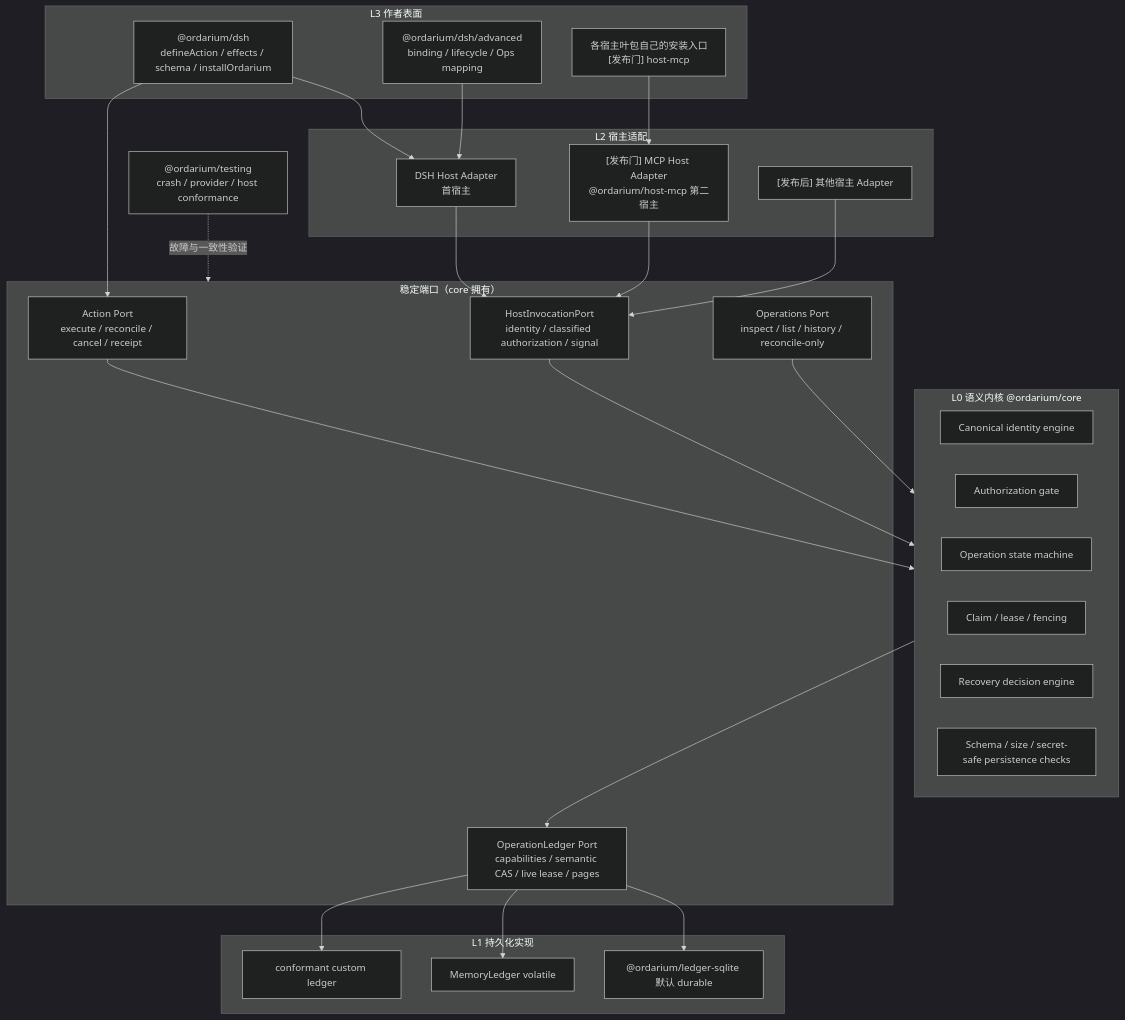
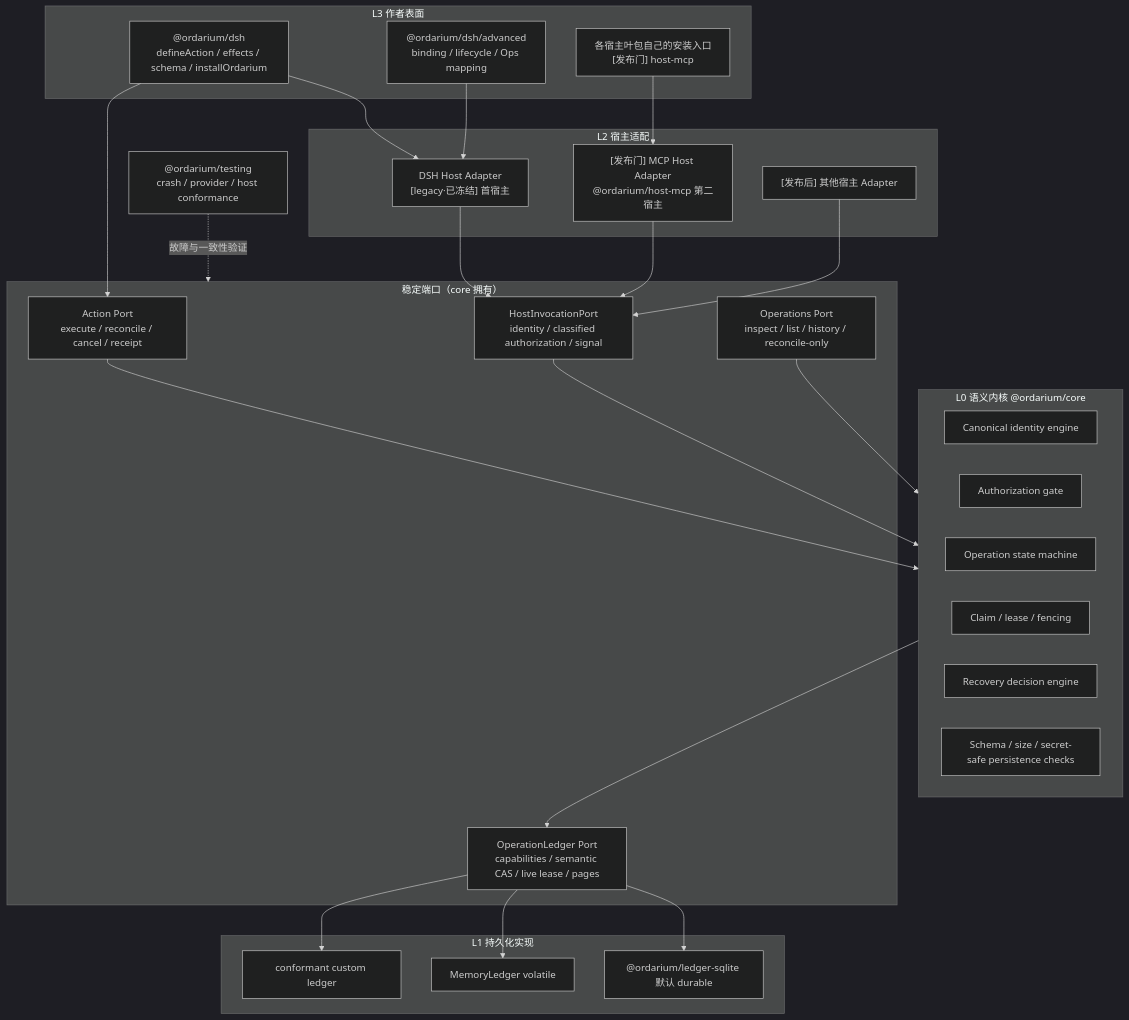
One commit to orangeofcarl0-sys/ordarium changed the third of 21 diagrams in docs/15-ordarium-complete-architecture.md. Above: the diagram before and after it, drawn with Mermaid (dark theme). The commit also changed other lines of this file and 20 other files, not shown here.

First line of the commit message:
docs: drop the DSH narrative; freeze @ordarium/dsh as a legacy leaf

````diff
--- a/docs/15-ordarium-complete-architecture.md
+++ b/docs/15-ordarium-complete-architecture.md
@@ -133,54 +135,54 @@
 ```mermaid
 flowchart TB
     subgraph L3["L3 作者表面"]
         ROOT["@ordarium/dsh<br/>defineAction / effects / schema / installOrdarium"]
         ADV["@ordarium/dsh/advanced<br/>binding / lifecycle / Ops mapping"]
         HOST_ENTRY["各宿主叶包自己的安装入口<br/>[发布门] host-mcp"]
     end
 
     subgraph L2["L2 宿主适配"]
-        DSH_ADAPTER["DSH Host Adapter<br/>首宿主"]
+        DSH_ADAPTER["DSH Host Adapter<br/>[legacy·已冻结] 首宿主"]
         MCP_ADAPTER["[发布门] MCP Host Adapter<br/>@ordarium/host-mcp 第二宿主"]
         FUTURE_ADAPTER["[发布后] 其他宿主 Adapter"]
     end
 
     subgraph PORTS["稳定端口（core 拥有）"]
         HOST_PORT["HostInvocationPort<br/>identity / classified authorization / signal"]
         ACTION_PORT["Action Port<br/>execute / reconcile / cancel / receipt"]
         LEDGER_PORT["OperationLedger Port<br/>capabilities / semantic CAS / live lease / pages"]
         OPS_PORT["Operations Port<br/>inspect / list / history / reconcile-only"]
     end
 
     subgraph L1["L1 持久化实现"]
         SQLITE_LEDGER["@ordarium/ledger-sqlite 默认 durable"]
         MEMORY["MemoryLedger volatile"]
         CUSTOM["conformant custom ledger"]
     end
 
     subgraph L0["L0 语义内核 @ordarium/core"]
         IDENTITY["Canonical identity engine"]
         AUTH["Authorization gate"]
         MACHINE["Operation state machine"]
         CLAIM["Claim / lease / fencing"]
         RECOVERY["Recovery decision engine"]
         LIMITS["Schema / size / secret-safe persistence checks"]
     end
 
     TESTING["@ordarium/testing<br/>crash / provider / host conformance"]
 
     ROOT --> DSH_ADAPTER
     ADV --> DSH_ADAPTER
     HOST_ENTRY --> MCP_ADAPTER
     DSH_ADAPTER --> HOST_PORT
     MCP_ADAPTER --> HOST_PORT
     FUTURE_ADAPTER --> HOST_PORT
     ROOT --> ACTION_PORT
     HOST_PORT --> L0
     ACTION_PORT --> L0
     L0 --> LEDGER_PORT
     LEDGER_PORT --> SQLITE_LEDGER
     LEDGER_PORT --> MEMORY
     LEDGER_PORT --> CUSTOM
     OPS_PORT --> L0
     TESTING -.->|"故障与一致性验证"| PORTS
 ```
````
